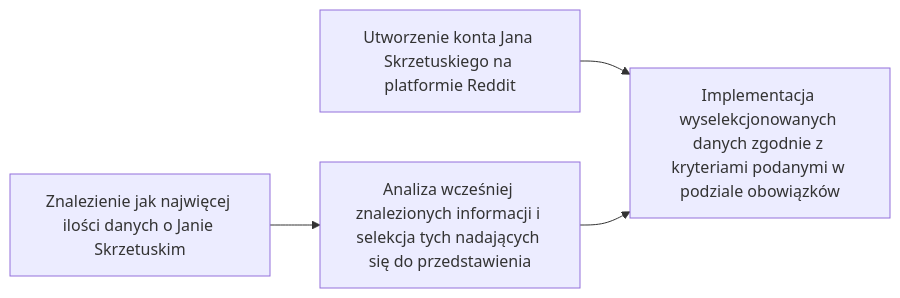
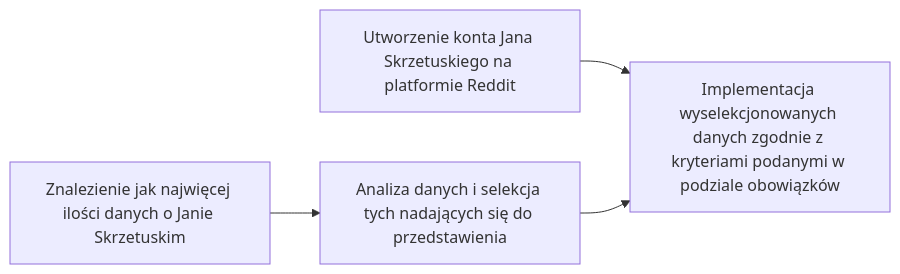
The diagram in README.md (n-kodem/Jan-Skrzetuski_Twitter), drawn with Mermaid before and after one commit.

Commit message:
readme update

````diff
--- a/README.md
+++ b/README.md
@@ -25,6 +25,6 @@
 ```mermaid
 graph LR
-    A1[Znalezienie jak najwięcej ilości danych o Janie Skrzetuskim] --> B[Analiza wcześniej znalezionych informacji i selekcja tych nadających się do przedstawienia]
+    A1[Znalezienie jak najwięcej ilości danych o Janie Skrzetuskim] --> B[Analiza danych i selekcja tych nadających się do przedstawienia]
     A2[Utworzenie konta Jana Skrzetuskiego na platformie Reddit] --> C[Implementacja wyselekcjonowanych danych zgodnie z kryteriami podanymi w podziale obowiązków]
     B --> C
 ```
````
